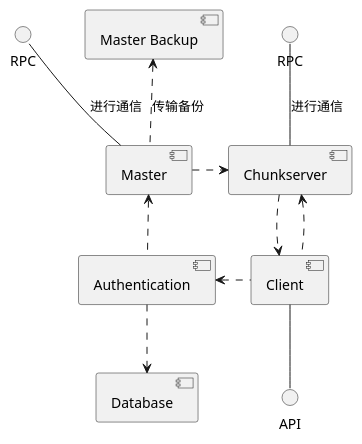
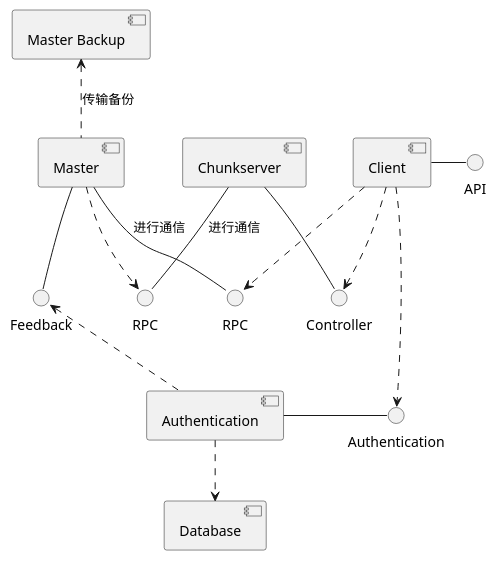
Before and after one commit to sonderlau/UML-Lesson: the diagram in src/Component/Component.wsd, drawn with PlantUML. The commit also changed 3 other files, not shown here.

```diff
--- a/src/Component/Component.wsd
+++ b/src/Component/Component.wsd
@@ -1,34 +1,42 @@
 @startuml "组件图"
 
 component [Master Backup] as master_backup
 
 component [Master] as master
 
 component [Authentication] as authentication
 
 component [Client] as client
 
 component [Chunkserver] as chunkserver
 
 component [Database] as db
 
 interface "RPC" as rpc_m
 interface "RPC" as rpc_cs
 interface "API" as api
+interface "Authentication" as auth
+interface "Controller" as controller
+interface "Feedback" as feedback
 
 master .up.> master_backup : 传输备份
-master .right.> chunkserver
-master -up- rpc_m : 进行通信
+master -down- feedback
+master -- rpc_m : 进行通信
+master .-> rpc_cs
 
-chunkserver -up- rpc_cs : 进行通信
-chunkserver .down.> client
+chunkserver -- rpc_cs : 进行通信
+chunkserver -- controller
 
-client .up.> chunkserver
-client .left.> authentication
+client ..> controller
+client ..> auth
+client ..> rpc_m
+client -right- api
 
-authentication .up.> master
+authentication .up.> feedback
+authentication -right- auth
 authentication .down.> db
 
-client -down- api
+
+
 
 @enduml
```
